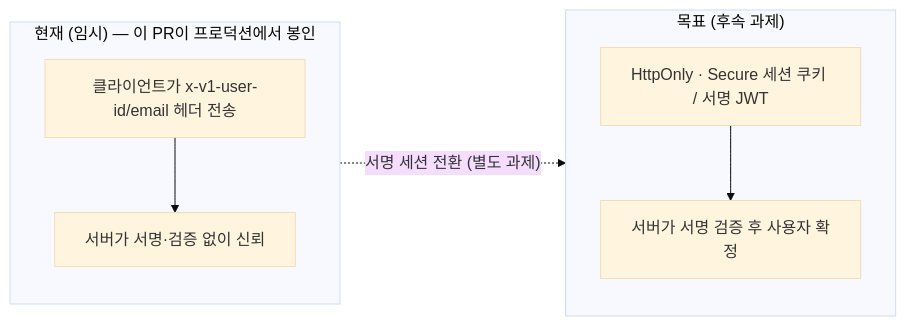
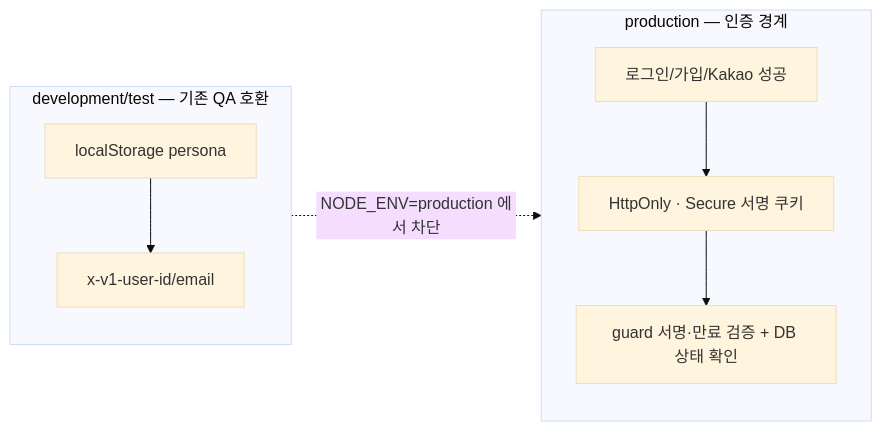
Before and after one commit to kim-song-jun/matchup-sports-platform: the third of 3 diagrams in docs/security/v1-deploy-security-hardening.md, drawn with Mermaid (base theme). The commit also changed other lines of this file and 25 other files, not shown here.

````diff
--- a/docs/security/v1-deploy-security-hardening.md
+++ b/docs/security/v1-deploy-security-hardening.md
@@ -99,16 +106,17 @@
 ```mermaid
 flowchart LR
-    subgraph Now["현재 (임시) — 이 PR이 프로덕션에서 봉인"]
+    subgraph Dev["development/test — 기존 QA 호환"]
         direction TB
-        N1["클라이언트가 x-v1-user-id/email 헤더 전송"]
-        N2["서버가 서명·검증 없이 신뢰"]
-        N1 --> N2
+        D1["localStorage persona"]
+        D2["x-v1-user-id/email"]
+        D1 --> D2
     end
-    subgraph Target["목표 (후속 과제)"]
+    subgraph Production["production — 인증 경계"]
         direction TB
-        T1["HttpOnly · Secure 세션 쿠키 / 서명 JWT"]
-        T2["서버가 서명 검증 후 사용자 확정"]
-        T1 --> T2
+        P1["로그인/가입/Kakao 성공"]
+        P2["HttpOnly · Secure 서명 쿠키"]
+        P3["guard 서명·만료 검증 + DB 상태 확인"]
+        P1 --> P2 --> P3
     end
-    Now -.->|"서명 세션 전환 (별도 과제)"| Target
+    Dev -.->|"NODE_ENV=production 에서 차단"| Production
 ```
````
